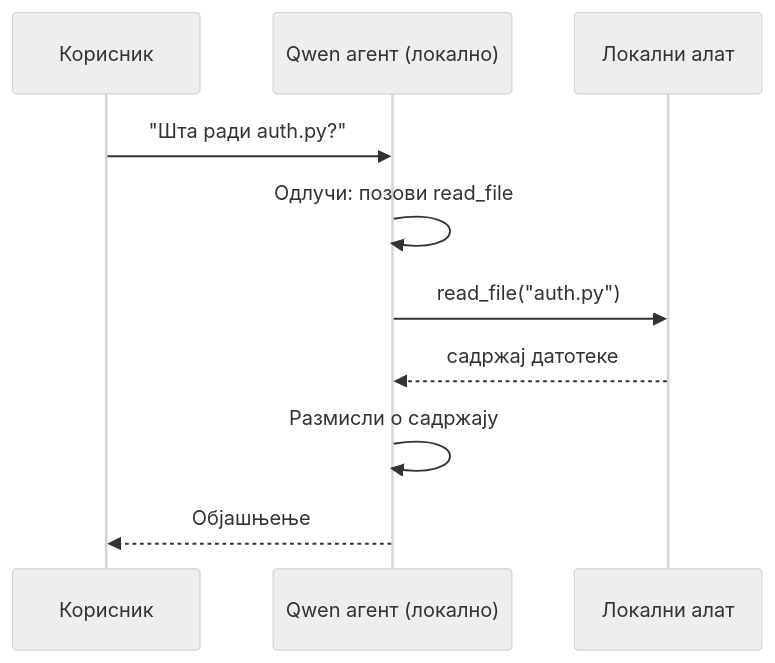
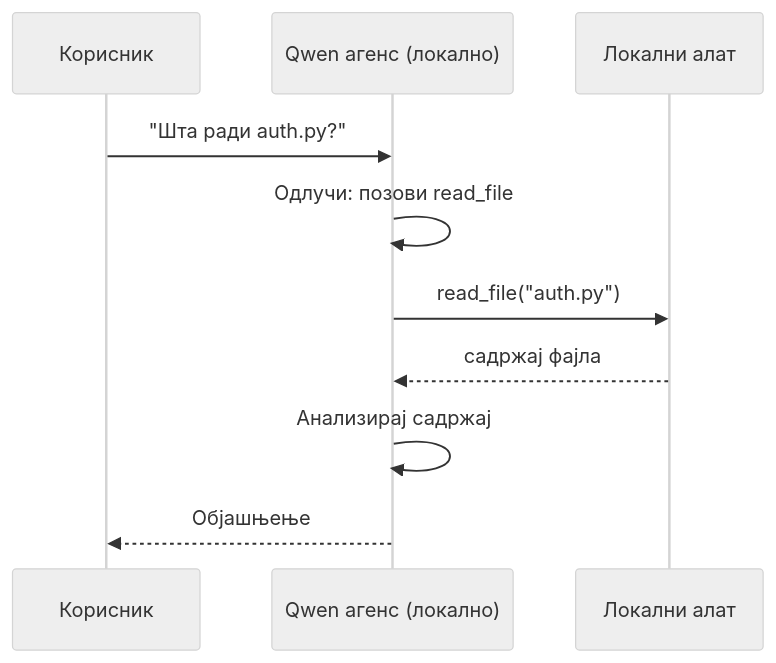
One commit to microsoft/ai-agents-for-beginners changed the second of 4 diagrams in translations/sr/17-creating-local-ai-agents/README.md. Above: the diagram before and after it, drawn with Mermaid (neutral theme). The commit also changed other lines of this file and 47 other files, not shown here.

````diff
--- a/translations/sr/17-creating-local-ai-agents/README.md
+++ b/translations/sr/17-creating-local-ai-agents/README.md
@@ -106,12 +106,12 @@
 ```mermaid
 sequenceDiagram
     participant U as Корисник
-    participant A as Qwen агент (локално)
+    participant A as Qwen агенс (локално)
     participant T as Локални алат
     U->>A: "Шта ради auth.py?"
     A->>A: Одлучи: позови read_file
     A->>T: read_file("auth.py")
-    T-->>A: садржај датотеке
-    A->>A: Размисли о садржају
+    T-->>A: садржај фајла
+    A->>A: Анализирај садржај
     A-->>U: Објашњење
 ```
````
